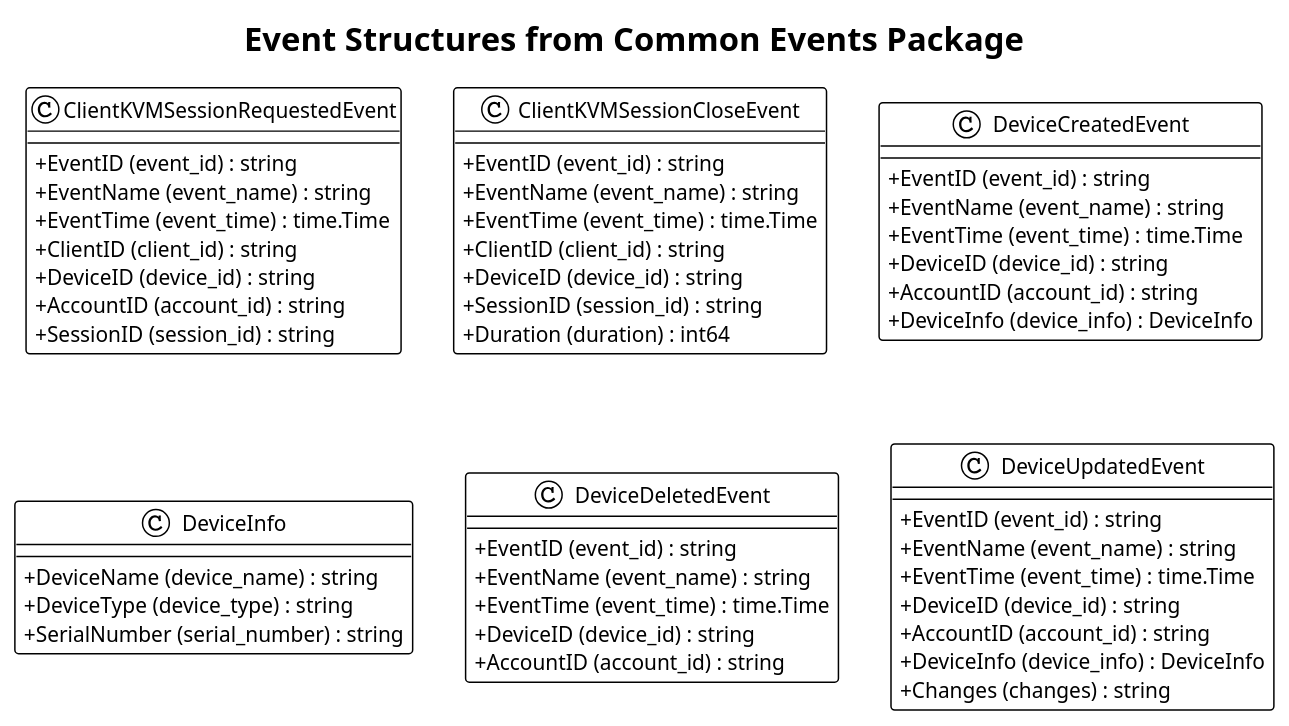
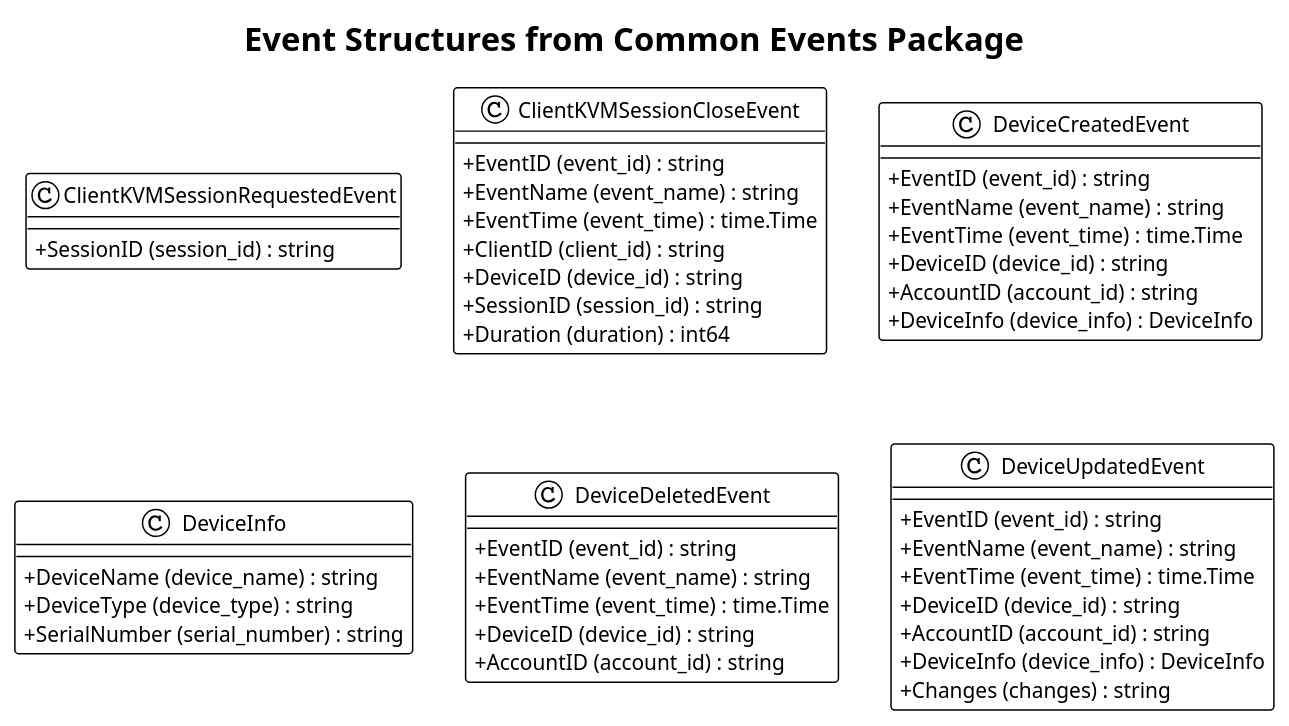
The diagram in output/event-structures-sync.plantuml (zzcarvin/event2PlantUML-), drawn with PlantUML before and after one commit.

Commit message:
Update event structures docs [skip ci]

```diff
--- a/output/event-structures-sync.plantuml
+++ b/output/event-structures-sync.plantuml
@@ -1,62 +1,56 @@
 @startuml
 !theme plain
 skinparam backgroundColor #FFFFFF
 skinparam classAttributeIconSize 0
 
 title Event Structures from Common Events Package
 
 class ClientKVMSessionRequestedEvent {
-  + EventID (event_id) : string
-  + EventName (event_name) : string
-  + EventTime (event_time) : time.Time
-  + ClientID (client_id) : string
-  + DeviceID (device_id) : string
-  + AccountID (account_id) : string
   + SessionID (session_id) : string
 }
 
 class ClientKVMSessionCloseEvent {
   + EventID (event_id) : string
   + EventName (event_name) : string
   + EventTime (event_time) : time.Time
   + ClientID (client_id) : string
   + DeviceID (device_id) : string
   + SessionID (session_id) : string
   + Duration (duration) : int64
 }
 
 class DeviceCreatedEvent {
   + EventID (event_id) : string
   + EventName (event_name) : string
   + EventTime (event_time) : time.Time
   + DeviceID (device_id) : string
   + AccountID (account_id) : string
   + DeviceInfo (device_info) : DeviceInfo
 }
 
 class DeviceInfo {
   + DeviceName (device_name) : string
   + DeviceType (device_type) : string
   + SerialNumber (serial_number) : string
 }
 
 class DeviceDeletedEvent {
   + EventID (event_id) : string
   + EventName (event_name) : string
   + EventTime (event_time) : time.Time
   + DeviceID (device_id) : string
   + AccountID (account_id) : string
 }
 
 class DeviceUpdatedEvent {
   + EventID (event_id) : string
   + EventName (event_name) : string
   + EventTime (event_time) : time.Time
   + DeviceID (device_id) : string
   + AccountID (account_id) : string
   + DeviceInfo (device_info) : DeviceInfo
   + Changes (changes) : string
 }
 
 
 @enduml
```
